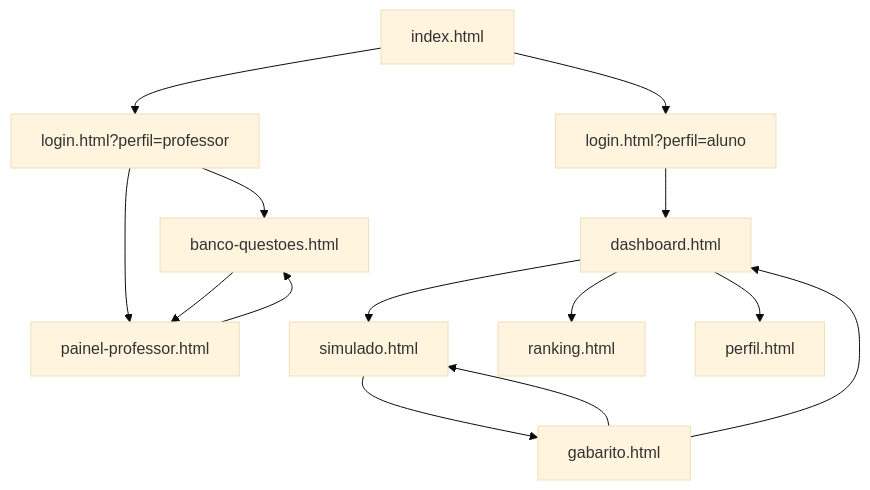
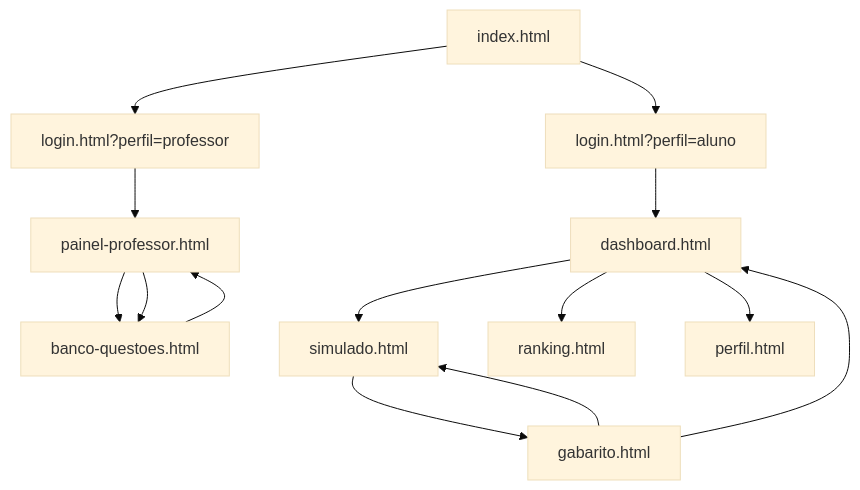
One commit to anamariagabrielle/SAEBTrack changed the diagram in README.md. Above: the diagram before and after it, drawn with Mermaid (base theme). The commit also changed other lines of this file and 6 other files, not shown here.

````diff
--- a/README.md
+++ b/README.md
@@ -92,16 +93,16 @@
 ```mermaid
 flowchart TD
   index[index.html] --> loginAluno[login.html?perfil=aluno]
   index --> loginProf[login.html?perfil=professor]
   loginAluno --> dashboard[dashboard.html]
-  loginProf --> banco[banco-questoes.html]
   loginProf --> painel[painel-professor.html]
+  painel --> banco[banco-questoes.html]
   dashboard --> simulado[simulado.html]
   simulado --> gabarito[gabarito.html]
   gabarito --> simulado
   gabarito --> dashboard
   dashboard --> ranking[ranking.html]
   dashboard --> perfil[perfil.html]
   painel --> banco
   banco --> painel
 ```
````
